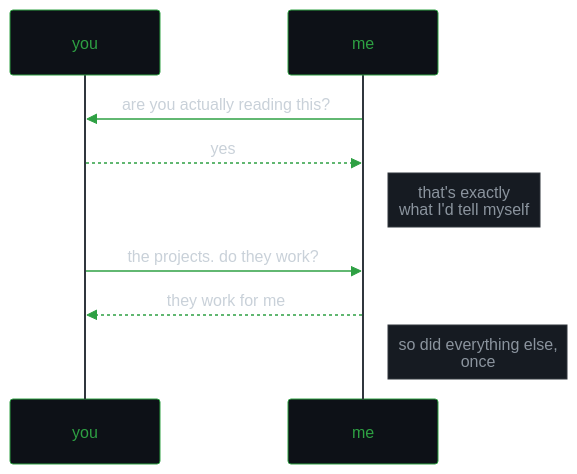
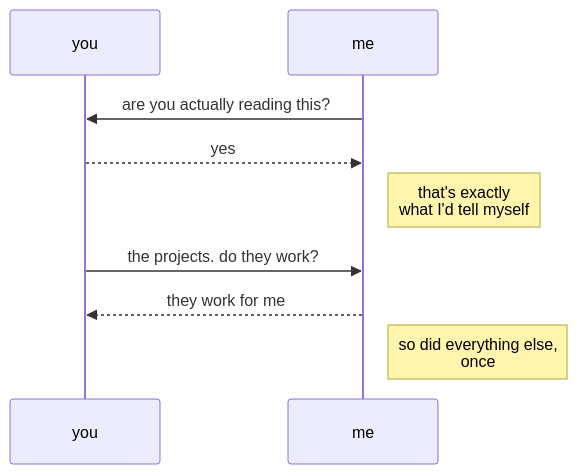
Before and after one commit to malh/malh: the diagram in README.md, drawn with Mermaid. The commit also changed other lines of this file, not shown here.

````diff
--- a/README.md
+++ b/README.md
@@ -18,36 +18,15 @@
 ```mermaid
-%%{init: {
-  "theme": "base",
-  "themeVariables": {
-    "fontFamily": "Helvetica, Arial, sans-serif",
-    "primaryColor": "#0d1117",
-    "primaryTextColor": "#2ea043",
-    "primaryBorderColor": "#2ea043",
-    "lineColor": "#2ea043",
-    "actorBkg": "#0d1117",
-    "actorBorder": "#2ea043",
-    "actorTextColor": "#2ea043",
-    "actorLineColor": "#30363d",
-    "signalColor": "#2ea043",
-    "signalTextColor": "#c9d1d9",
-    "labelBoxBkgColor": "#0d1117",
-    "labelTextColor": "#2ea043",
-    "noteBkgColor": "#161b22",
-    "noteBorderColor": "#30363d",
-    "noteTextColor": "#8b949e"
-  }
-}}%%
 sequenceDiagram
     participant you
     participant me
 
     me->>you: are you actually reading this?
     you-->>me: yes
 
     Note right of me: that's exactly<br/>what I'd tell myself
 
     you->>me: the projects. do they work?
     me-->>you: they work for me
 
     Note right of me: so did everything else,<br/>once
 ```
````
